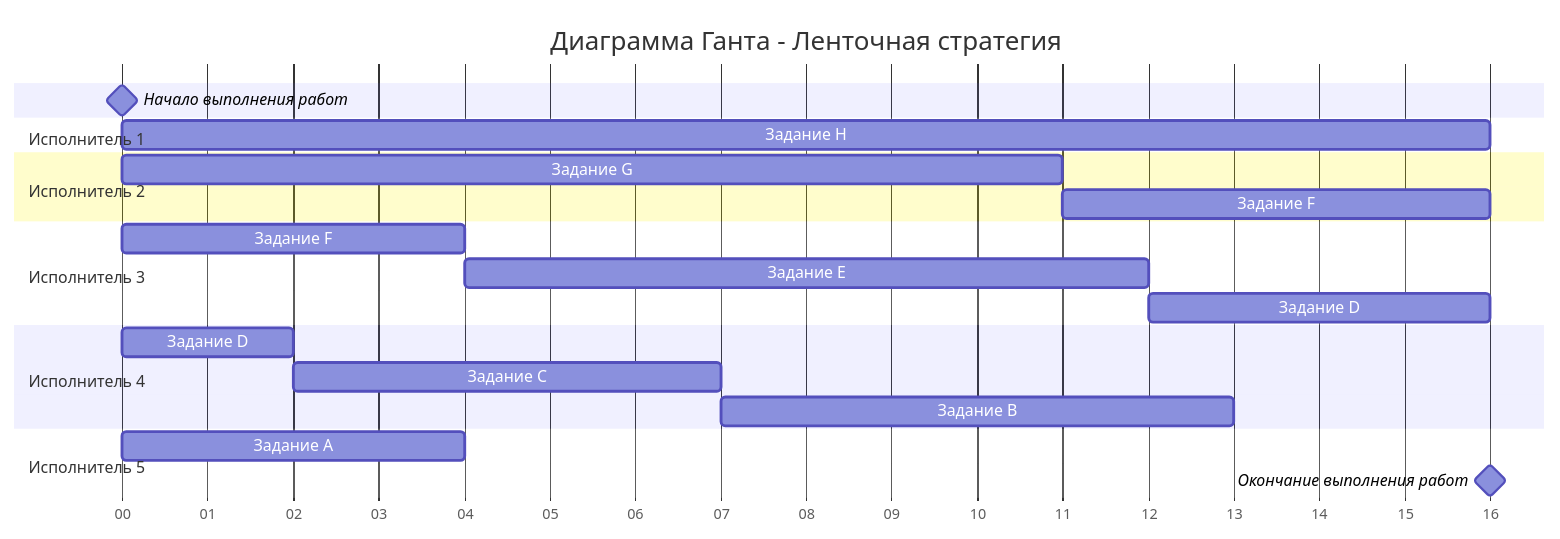
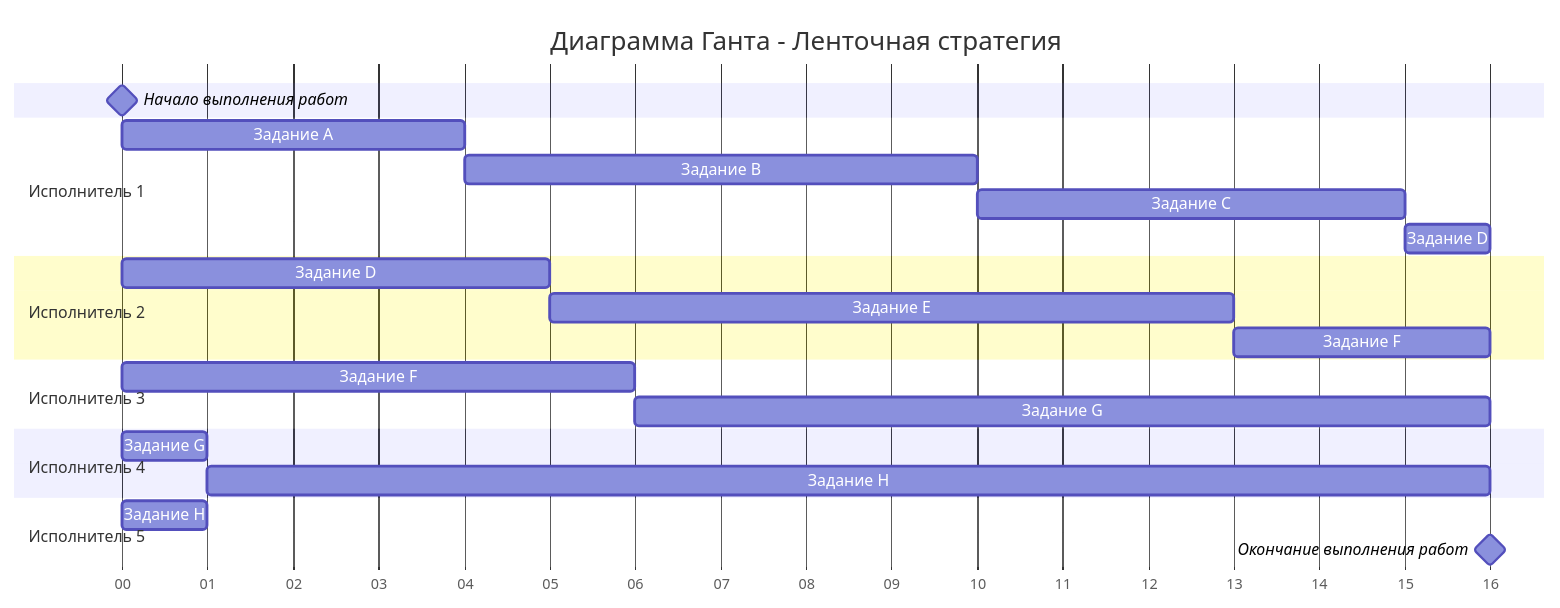
One commit to LiaIv/task-7 changed the second of 2 diagrams in Zadanie_Variant_9.md. Above: the diagram before and after it, drawn with Mermaid. The commit also changed other lines of this file, not shown here.

Commit message:
Refine task distribution and Gantt chart for optimal scheduling variant 9

````diff
--- a/Zadanie_Variant_9.md
+++ b/Zadanie_Variant_9.md
@@ -233,23 +237,25 @@
 ```mermaid
 gantt
     title Диаграмма Ганта - Ленточная стратегия
     dateFormat s   
     axisFormat %S
     Начало выполнения работ : milestone, m1, 01 00:00, 0h
     section Исполнитель 1
-    Задание H         :a1, 01 00:00, 16s
+    Задание A         :a1, 01 00:00, 4s
+    Задание B         :a2, after a1, 6s
+    Задание C         :a3, after a2, 5s
+    Задание D         :a4, after a3, 1s
     section Исполнитель 2
-    Задание G         :b1, 01 00:00, 11s
-    Задание F         :b2, after b1, 5s
+    Задание D         :b1, 01 00:00, 5s
+    Задание E         :b2, after b1, 8s
+    Задание F         :b3, after b2, 3s
     section Исполнитель 3
-    Задание F         :c1, 01 00:00, 4s
-    Задание E         :c2, after c1, 8s
-    Задание D         :c3, after c2, 4s
+    Задание F         :c1, 01 00:00, 6s
+    Задание G         :c2, after c1, 10s
     section Исполнитель 4
-    Задание D         :d1, 01 00:00, 2s
-    Задание C         :d2, after d1, 5s
-    Задание B         :d3, after d2, 6s
+    Задание G         :d1, 01 00:00, 1s
+    Задание H         :d2, after d1, 15s
     section Исполнитель 5
-    Задание A         :e1, 01 00:00, 4s
+    Задание H         :e1, 01 00:00, 1s
     Окончание выполнения работ : milestone, m2, 01 00:00:16, 0h
 ```
````
